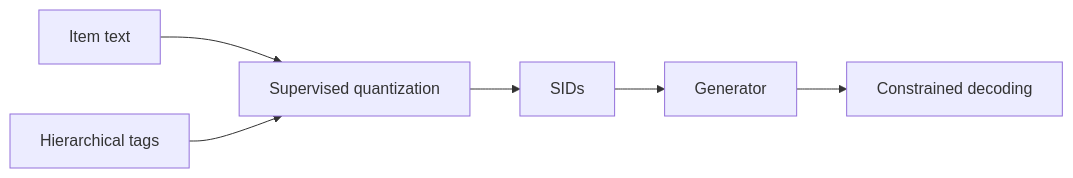
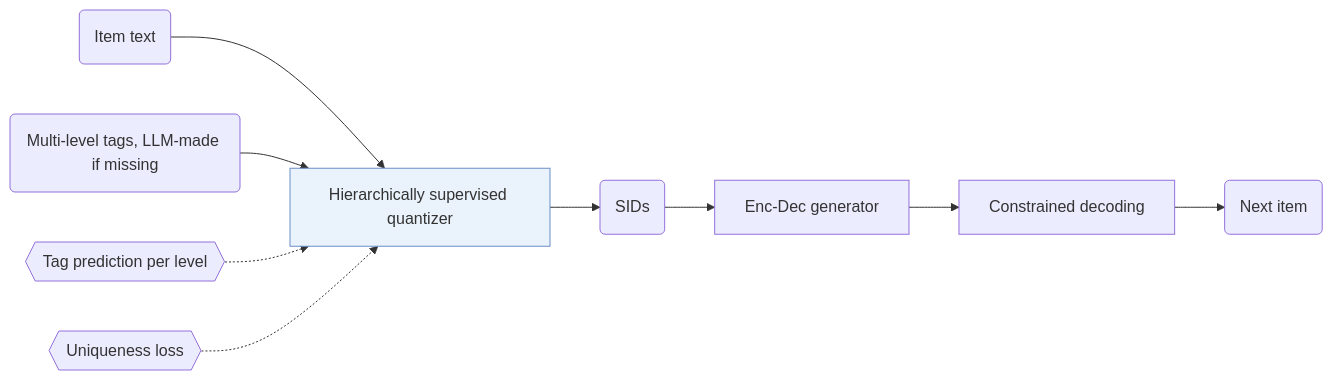
The diagram in notes/hid-vae.md (Galaxy-ghost/Awesome-SID-Generative-Rec), drawn with Mermaid before and after one commit. The commit also changed 521 other files, not shown here.

Commit message:
writer-04 part 3: algorithm diagrams with shared shape conventions, README hero and paper cards, archive removed

````diff
--- a/notes/hid-vae.md
+++ b/notes/hid-vae.md
@@ -13,8 +13,12 @@
 ```mermaid
 flowchart LR
-    A[Item text] --> C[Supervised quantization]
-    B[Hierarchical tags] --> C
-    C --> D[SIDs]
-    D --> E[Generator]
-    E --> F[Constrained decoding]
+    A("Item text") --> C["Hierarchically supervised quantizer"]:::key
+    B("Multi-level tags, LLM-made if missing") --> C
+    L1{{"Tag prediction per level"}} -.-> C
+    L2{{"Uniqueness loss"}} -.-> C
+    C --> D("SIDs")
+    D --> E["Enc-Dec generator"]
+    E --> F["Constrained decoding"]
+    F --> G("Next item")
+    classDef key fill:#eaf2fb,stroke:#6b8fc7
 ```
````
